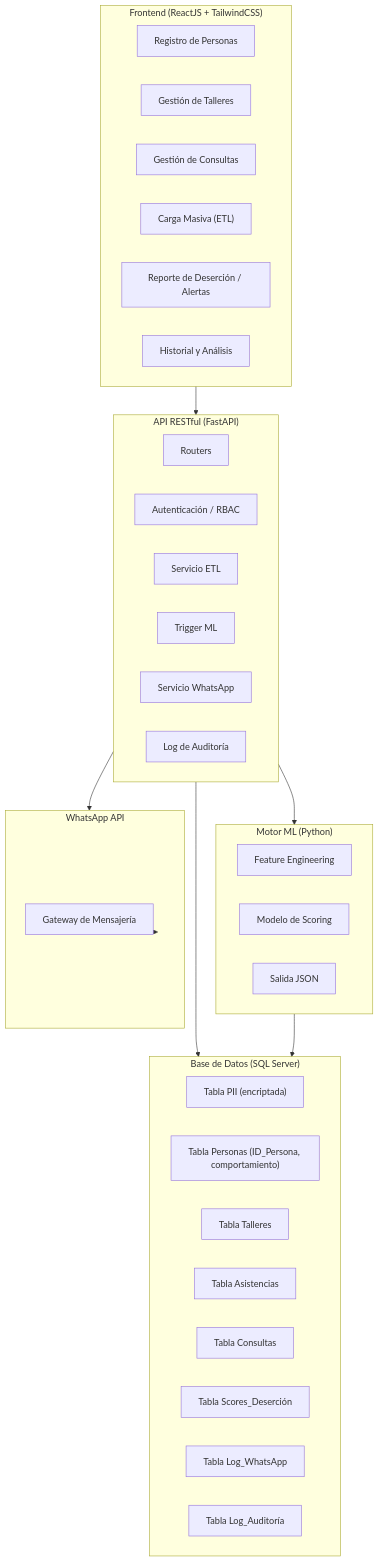
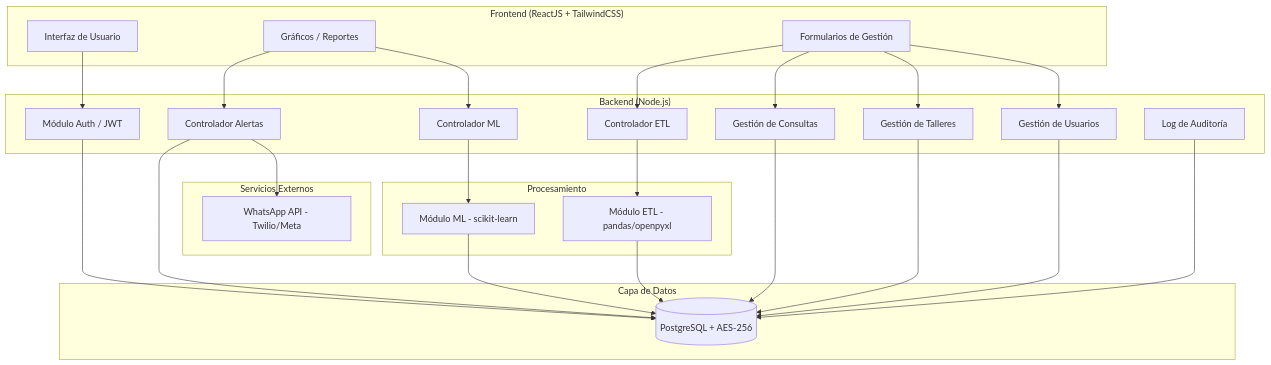
One commit to BrunoFavianSM/Sistema-anti-desercion changed the first of 3 diagrams in .kiro/specs/mente-oasis-sistema/design.md. Above: the diagram before and after it, drawn with Mermaid. The commit also changed other lines of this file and 1479 other files, not shown here.

````diff
--- a/.kiro/specs/mente-oasis-sistema/design.md
+++ b/.kiro/specs/mente-oasis-sistema/design.md
@@ -22,48 +20,52 @@
 ```mermaid
 graph TB
     subgraph Frontend["Frontend (ReactJS + TailwindCSS)"]
-        UI_Registro["Registro de Personas"]
-        UI_Talleres["Gestión de Talleres"]
-        UI_Consultas["Gestión de Consultas"]
-        UI_ETL["Carga Masiva (ETL)"]
-        UI_Alertas["Reporte de Deserción / Alertas"]
-        UI_Historial["Historial y Análisis"]
+        UI[Interfaz de Usuario]
+        Charts[Gráficos / Reportes]
+        Forms[Formularios de Gestión]
     end
 
-    subgraph API["API RESTful (FastAPI)"]
-        Router["Routers"]
-        Auth["Autenticación / RBAC"]
-        ETL_Service["Servicio ETL"]
-        ML_Trigger["Trigger ML"]
-        WA_Service["Servicio WhatsApp"]
-        Audit["Log de Auditoría"]
+    subgraph API["Backend (Node.js)"]
+        Auth[Módulo Auth / JWT]
+        UserMgmt[Gestión de Usuarios]
+        WorkshopMgmt[Gestión de Talleres]
+        ConsultMgmt[Gestión de Consultas]
+        ETLCtrl[Controlador ETL]
+        MLCtrl[Controlador ML]
+        AlertCtrl[Controlador Alertas]
+        AuditLog[Log de Auditoría]
     end
 
-    subgraph DB["Base de Datos (SQL Server)"]
-        PII_Table["Tabla PII (encriptada)"]
-        Personas_Table["Tabla Personas (ID_Persona, comportamiento)"]
-        Talleres_Table["Tabla Talleres"]
-        Asistencias_Table["Tabla Asistencias"]
-        Consultas_Table["Tabla Consultas"]
-        Scores_Table["Tabla Scores_Deserción"]
-        WA_Log["Tabla Log_WhatsApp"]
-        Audit_Log["Tabla Log_Auditoría"]
+    subgraph DataLayer["Capa de Datos"]
+        PG[(PostgreSQL + AES-256)]
     end
 
-    subgraph ML["Motor ML (Python)"]
-        Feature_Eng["Feature Engineering"]
-        Model["Modelo de Scoring"]
-        JSON_Output["Salida JSON"]
+    subgraph Processing["Procesamiento"]
+        ETL[Módulo ETL - pandas/openpyxl]
+        ML[Módulo ML - scikit-learn]
     end
 
-    subgraph WA["WhatsApp API"]
-        WA_Gateway["Gateway de Mensajería"]
+    subgraph External["Servicios Externos"]
+        WA[WhatsApp API - Twilio/Meta]
     end
 
-    Frontend --> API
-    API --> DB
-    API --> ML
-    ML --> DB
-    API --> WA
-    WA --> WA_Gateway
+    UI --> Auth
+    Forms --> UserMgmt
+    Forms --> WorkshopMgmt
+    Forms --> ConsultMgmt
+    Forms --> ETLCtrl
+    Charts --> MLCtrl
+    Charts --> AlertCtrl
+
+    Auth --> PG
+    UserMgmt --> PG
+    WorkshopMgmt --> PG
+    ConsultMgmt --> PG
+    ETLCtrl --> ETL
+    ETL --> PG
+    MLCtrl --> ML
+    ML --> PG
+    AlertCtrl --> WA
+    AlertCtrl --> PG
+    AuditLog --> PG
 ```
````
